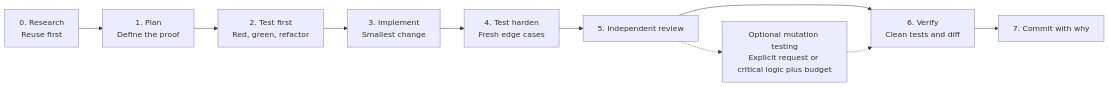
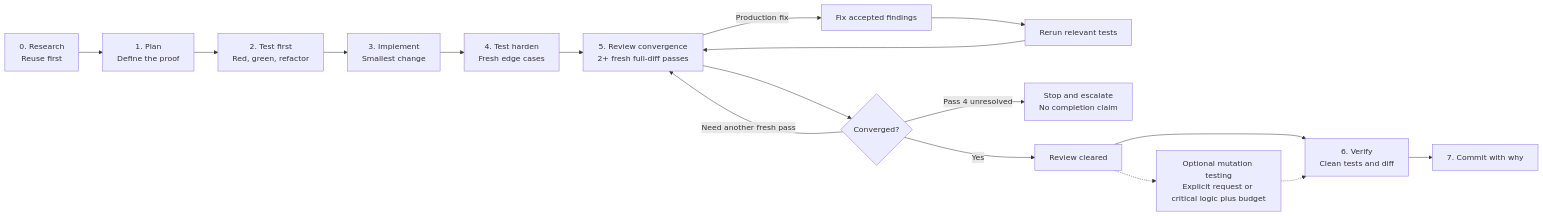
The diagram in README.md (MatanelGordon/skills), drawn with Mermaid before and after one commit. The commit also changed other lines of this file and 9 other files, not shown here.

First line of the commit message:
feat(workflow): require review convergence

````diff
--- a/README.md
+++ b/README.md
@@ -132,12 +132,19 @@
 ```mermaid
 flowchart LR
     Research["0. Research<br/>Reuse first"] --> Plan["1. Plan<br/>Define the proof"]
     Plan --> Test["2. Test first<br/>Red, green, refactor"]
     Test --> Implement["3. Implement<br/>Smallest change"]
     Implement --> Harden["4. Test harden<br/>Fresh edge cases"]
-    Harden --> Review["5. Independent review"]
-    Review --> Verify["6. Verify<br/>Clean tests and diff"]
+    Harden --> Review["5. Review convergence<br/>2+ fresh full-diff passes"]
+    Review -- "Production fix" --> Fix["Fix accepted findings"]
+    Fix --> TestFix["Rerun relevant tests"]
+    TestFix --> Review
+    Review --> Gate{"Converged?"}
+    Gate -- "Need another fresh pass" --> Review
+    Gate -- "Pass 4 unresolved" --> Escalate["Stop and escalate<br/>No completion claim"]
+    Gate -- "Yes" --> Clear["Review cleared"]
+    Clear --> Verify["6. Verify<br/>Clean tests and diff"]
     Verify --> Commit["7. Commit with why"]
-    Review -.-> Mutation["Optional mutation testing<br/>Explicit request or critical logic plus budget"]
+    Clear -.-> Mutation["Optional mutation testing<br/>Explicit request or critical logic plus budget"]
     Mutation -.-> Verify
 ```
````
